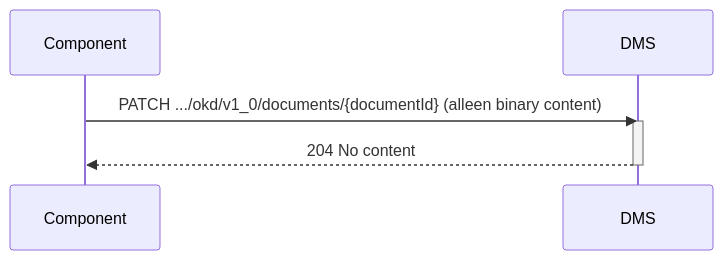
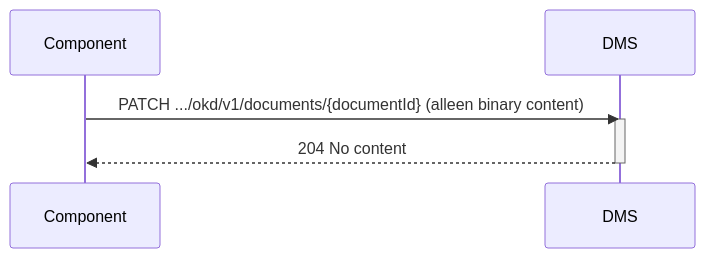
Before and after one commit to Onderwijs-Koppelingen-OKx/OKD-Document-Management: the second of 2 diagrams in doc/flow-y.md, drawn with Mermaid. The commit also changed other lines of this file, not shown here.

Commit message:
Rename v1_0 to v1 for flow-y

````diff
--- a/doc/flow-y.md
+++ b/doc/flow-y.md
@@ -44,9 +44,9 @@
 ```mermaid
 sequenceDiagram
     participant Component
     participant DMS
-    Component->>DMS: PATCH .../okd/v1_0/documents/{documentId} (alleen binary content)
+    Component->>DMS: PATCH .../okd/v1/documents/{documentId} (alleen binary content)
     activate DMS
     DMS-->>Component: 204 No content
     deactivate DMS
 ```
````
